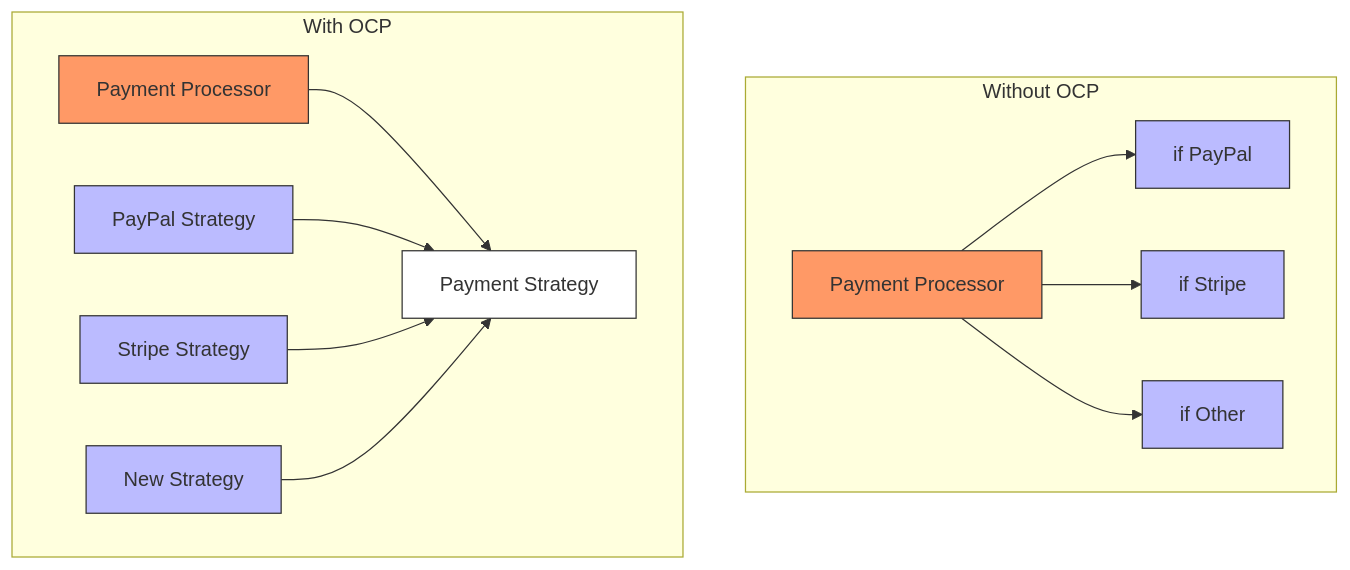
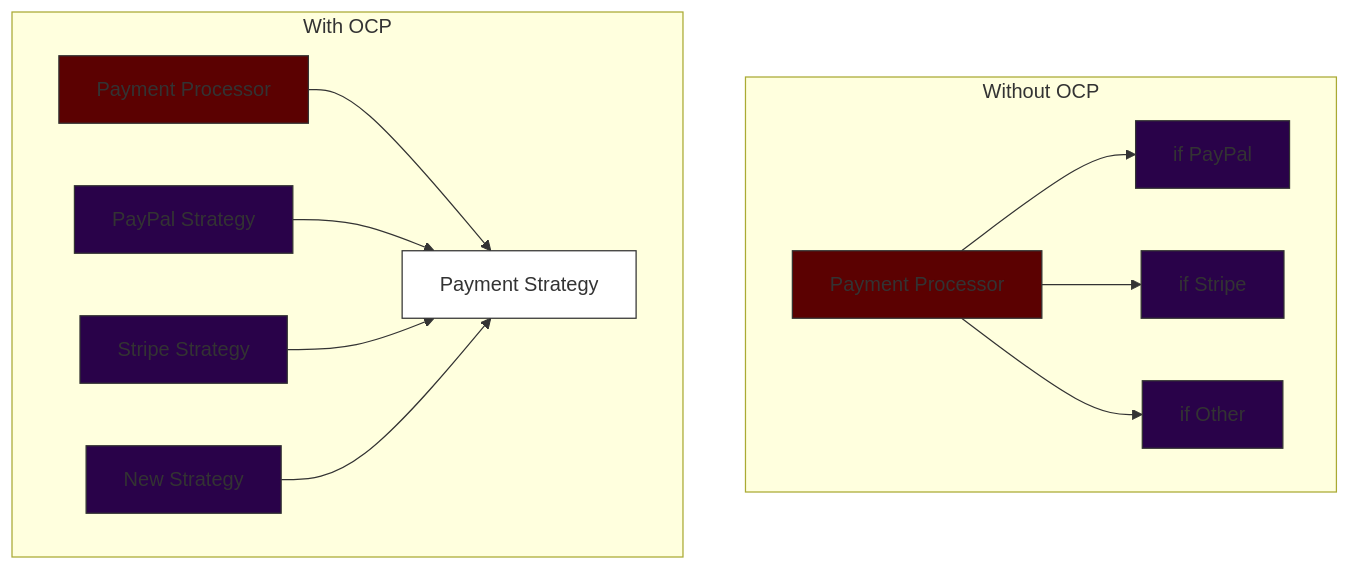
The first of 3 diagrams in OCP/README.md (hezronkimutai/solid_principles), drawn with Mermaid before and after one commit. The commit also changed other lines of this file and 5 other files, not shown here.

````diff
--- a/OCP/README.md
+++ b/OCP/README.md
@@ -11,24 +11,24 @@
 ```mermaid
 graph TD
     subgraph "Without OCP"
     A[Payment Processor] --> B[if PayPal]
     A --> C[if Stripe]
     A --> D[if Other]
-    style A fill:#f96,stroke:#333
-    style B fill:#bbf,stroke:#333
-    style C fill:#bbf,stroke:#333
-    style D fill:#bbf,stroke:#333
+    style A fill:#5b0101,stroke:#333
+    style B fill:#290249,stroke:#333
+    style C fill:#290249,stroke:#333
+    style D fill:#290249,stroke:#333
     end
 
     subgraph "With OCP"
     E[Payment Processor] --> F[Payment Strategy]
     G[PayPal Strategy] --> F
     H[Stripe Strategy] --> F
     I[New Strategy] --> F
-    style E fill:#f96,stroke:#333
+    style E fill:#5b0101,stroke:#333
     style F fill:#fff,stroke:#333
-    style G fill:#bbf,stroke:#333
-    style H fill:#bbf,stroke:#333
-    style I fill:#bbf,stroke:#333
+    style G fill:#290249,stroke:#333
+    style H fill:#290249,stroke:#333
+    style I fill:#290249,stroke:#333
     end
 ```
````
